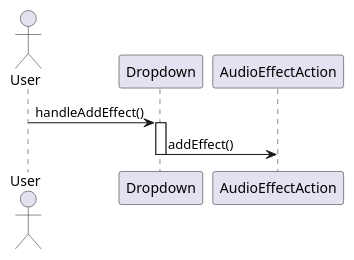
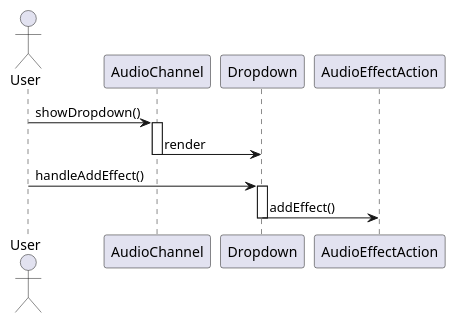
One commit to austudio-team/austudio-uml-graph changed the diagram in sequence_diagram/addEffect.puml. Above: the diagram before and after it, drawn with PlantUML. The commit also changed 29 other files, not shown here.

Commit message:
feat: add reset diagrams

```diff
--- a/sequence_diagram/addEffect.puml
+++ b/sequence_diagram/addEffect.puml
@@ -1,8 +1,12 @@
 @startuml
 actor User
 
+User -> AudioChannel: showDropdown()
+activate AudioChannel
+AudioChannel -> Dropdown: render
+deactivate AudioChannel
 User -> Dropdown: handleAddEffect()
 activate Dropdown
 Dropdown -> AudioEffectAction: addEffect()
 deactivate Dropdown
 @enduml
```
